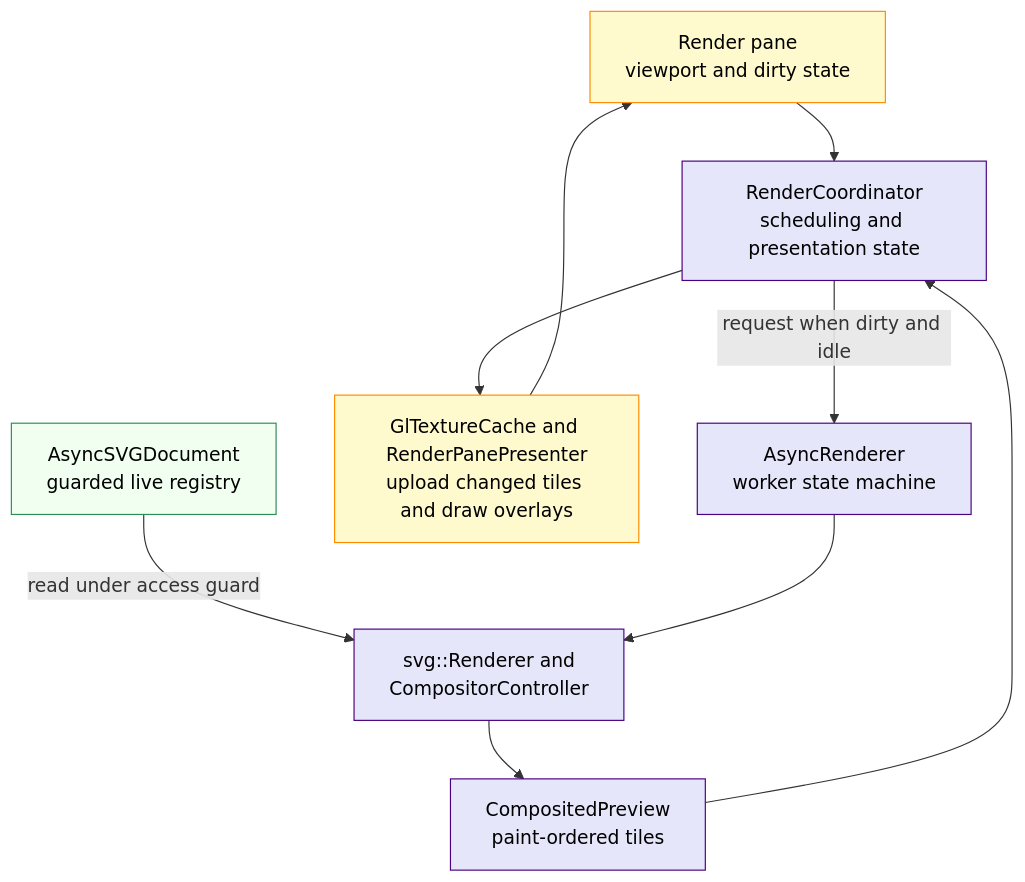
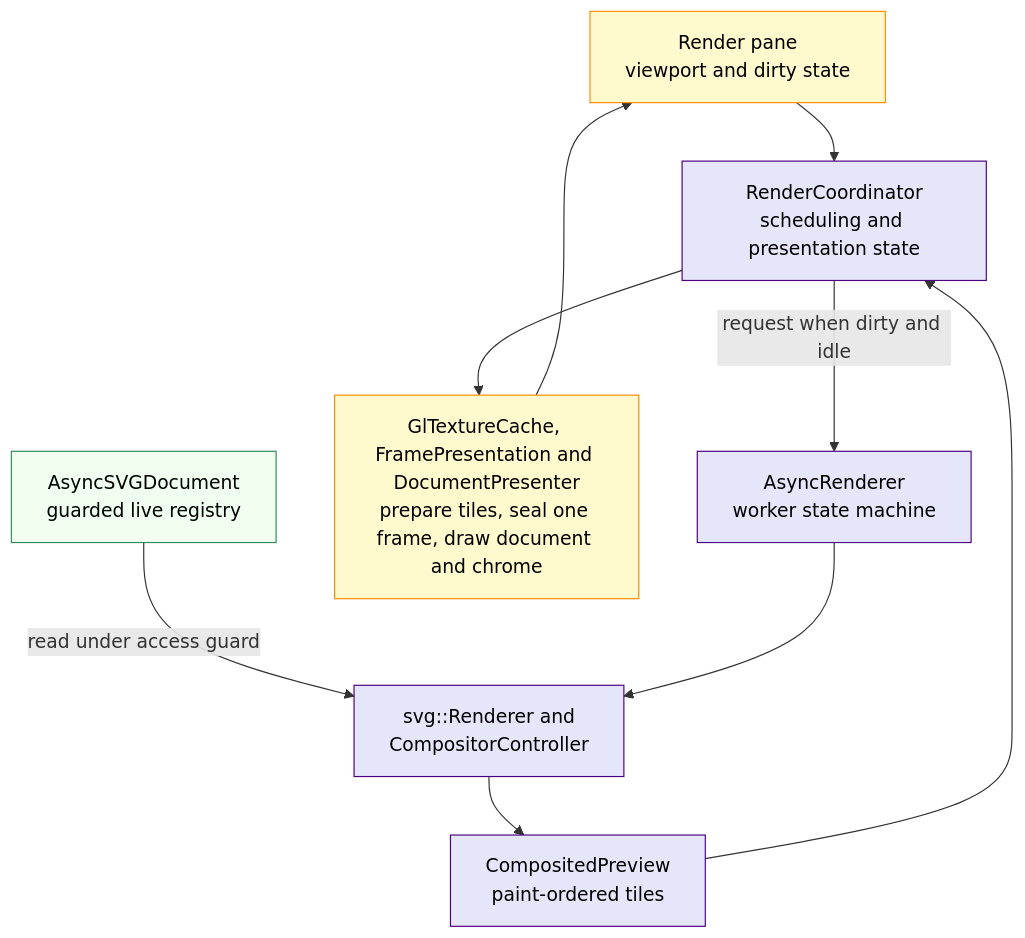
One commit to jwmcglynn/donner changed the fourth of 5 diagrams in docs/editor_architecture.md. Above: the diagram before and after it, drawn with Mermaid. The commit also changed other lines of this file and 11 other files, not shown here.

````diff
--- a/docs/editor_architecture.md
+++ b/docs/editor_architecture.md
@@ -152,24 +155,24 @@
 ```mermaid
 flowchart TB
   panes["Render pane<br/>viewport and dirty state"]
   coordinator["RenderCoordinator<br/>scheduling and presentation state"]
   worker["AsyncRenderer<br/>worker state machine"]
   renderer["svg::Renderer and<br/>CompositorController"]
   preview["CompositedPreview<br/>paint-ordered tiles"]
-  presenter["GlTextureCache and RenderPanePresenter<br/>upload changed tiles and draw overlays"]
+  presenter["GlTextureCache, FramePresentation and DocumentPresenter<br/>prepare tiles, seal one frame, draw document and chrome"]
   document["AsyncSVGDocument<br/>guarded live registry"]
 
   panes --> coordinator
   coordinator -->|"request when dirty and idle"| worker
   document -->|"read under access guard"| renderer
   worker --> renderer --> preview
   preview --> coordinator
   coordinator --> presenter --> panes
 
   classDef ui fill:lemonchiffon,stroke:darkorange,color:black
   classDef model fill:honeydew,stroke:seagreen,color:black
   classDef async fill:lavender,stroke:indigo,color:black
   class panes,presenter ui
   class document model
   class coordinator,worker,renderer,preview async
 ```
````
